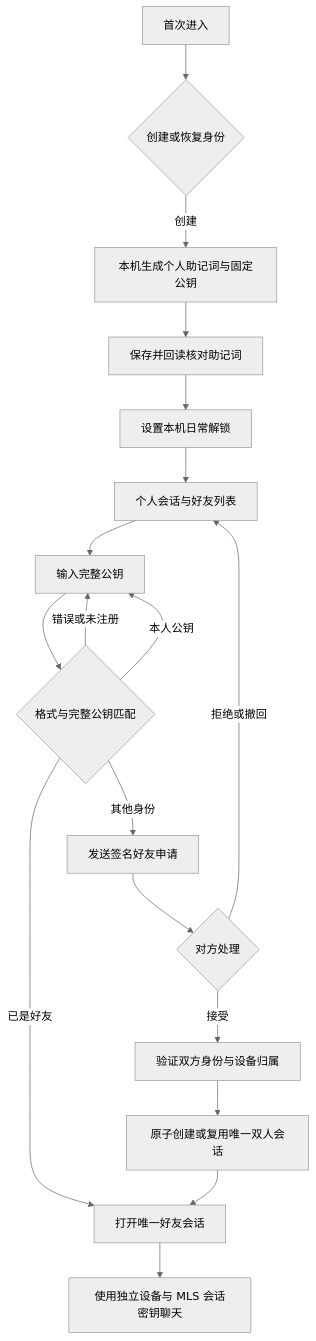
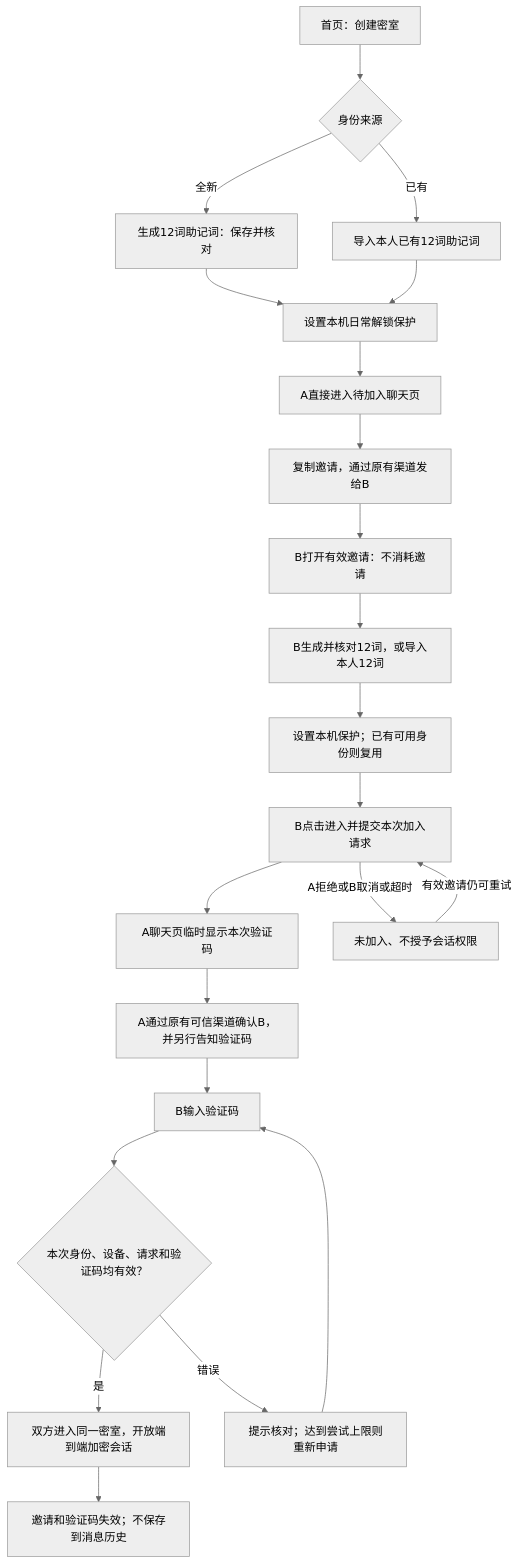
Before and after one commit to zdaiwmm/shui-IM: the first of 4 diagrams in docs/requirements/2026-10-16-personal-mnemonic-friends/flow.md, drawn with Mermaid (neutral theme). The commit also changed other lines of this file and 3 other files, not shown here.

Commit message:
docs: revise personal mnemonic room prototype to invitation flow

````diff
--- a/docs/requirements/2026-10-16-personal-mnemonic-friends/flow.md
+++ b/docs/requirements/2026-10-16-personal-mnemonic-friends/flow.md
@@ -7,20 +7,24 @@
-~~~mermaid
+```mermaid
 flowchart TD
- A[首次进入] --> B{创建或恢复身份}
- B -->|创建| C[本机生成个人助记词与固定公钥]
- C --> D[保存并回读核对助记词]
- D --> E[设置本机日常解锁]
- E --> F[个人会话与好友列表]
- F --> G[输入完整公钥]
- G --> H{格式与完整公钥匹配}
- H -->|错误或未注册| G
- H -->|本人公钥| G
- H -->|已是好友| M[打开唯一好友会话]
- H -->|其他身份| I[发送签名好友申请]
- I --> J{对方处理}
- J -->|拒绝或撤回| F
- J -->|接受| K[验证双方身份与设备归属]
- K --> L[原子创建或复用唯一双人会话]
- L --> M
- M --> N[使用独立设备与 MLS 会话密钥聊天]
-~~~
+  A[首页：创建密室] --> K{身份来源}
+  K -->|全新| G[生成12词助记词：保存并核对]
+  K -->|已有| I[导入本人已有12词助记词]
+  G --> P[设置本机日常解锁保护]
+  I --> P
+  P --> W[A直接进入待加入聊天页]
+  W --> L[复制邀请，通过原有渠道发给B]
+  L --> B[B打开有效邀请：不消耗邀请]
+  B --> BI[B生成并核对12词，或导入本人12词]
+  BI --> BP[设置本机保护；已有可用身份则复用]
+  BP --> J[B点击进入并提交本次加入请求]
+  J --> C[A聊天页临时显示本次验证码]
+  C --> T[A通过原有可信渠道确认B，并另行告知验证码]
+  T --> V[B输入验证码]
+  V --> Q{本次身份、设备、请求和验证码均有效？}
+  Q -->|是| CHAT[双方进入同一密室，开放端到端加密会话]
+  Q -->|错误| RETRY[提示核对；达到尝试上限则重新申请]
+  RETRY --> V
+  J -->|A拒绝或B取消或超时| END[未加入、不授予会话权限]
+  END -->|有效邀请仍可重试| J
+  CHAT --> USED[邀请和验证码失效；不保存到消息历史]
+```
````
